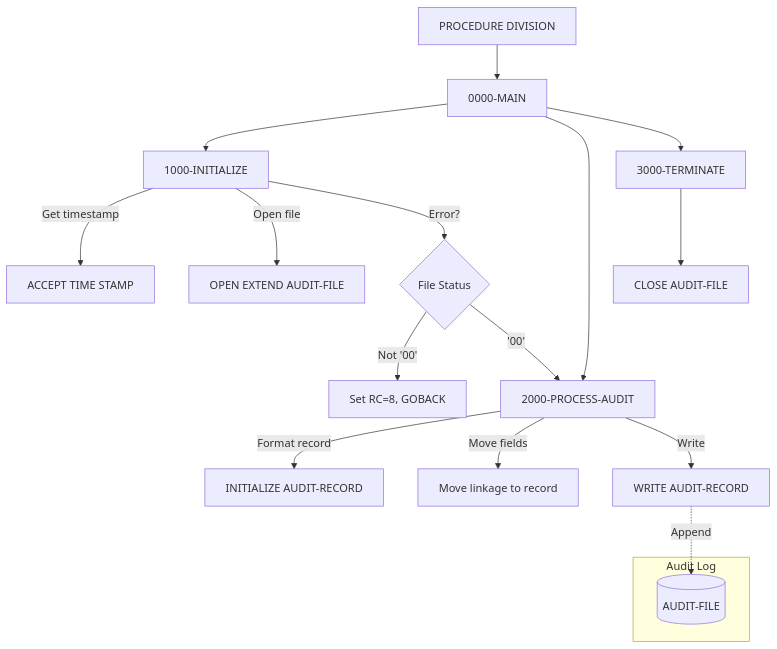
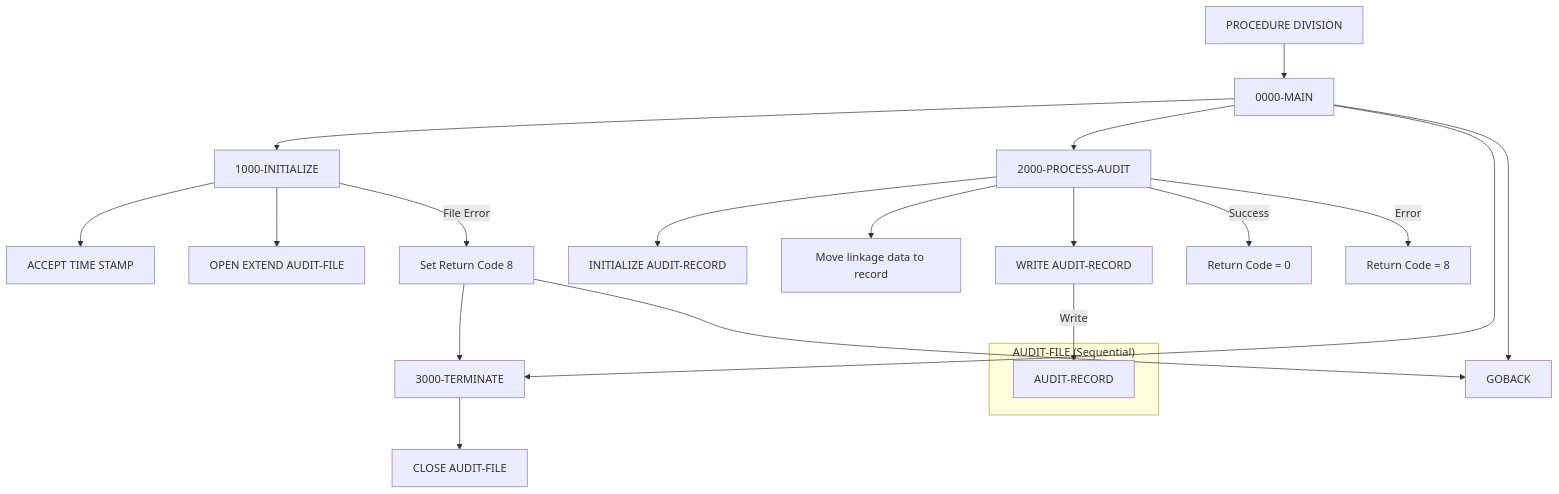
One commit to haladir-com/legacy-benchmark-docs-vb70e1 changed the diagram in docs/programs/AUDPROC.mdx. Above: the diagram before and after it, drawn with Mermaid. The commit also changed other lines of this file and 63 other files, not shown here.

````diff
--- a/docs/programs/AUDPROC.mdx
+++ b/docs/programs/AUDPROC.mdx
@@ -20,25 +19,28 @@
 ```mermaid
 graph TD
     A[PROCEDURE DIVISION] --> B[0000-MAIN]
     B --> C[1000-INITIALIZE]
     B --> D[2000-PROCESS-AUDIT]
     B --> E[3000-TERMINATE]
+    B --> F[GOBACK]
     
-    C -->|Get timestamp| F[ACCEPT TIME STAMP]
-    C -->|Open file| G[OPEN EXTEND AUDIT-FILE]
-    C -->|Error?| H{File Status}
-    H -->|Not '00'| I[Set RC=8, GOBACK]
-    H -->|'00'| D
+    C --> C1[ACCEPT TIME STAMP]
+    C --> C2[OPEN EXTEND AUDIT-FILE]
+    C -->|File Error| C3[Set Return Code 8]
+    C3 --> E
+    C3 --> F
     
-    D -->|Format record| J[INITIALIZE AUDIT-RECORD]
-    D -->|Move fields| K[Move linkage to record]
-    D -->|Write| L[WRITE AUDIT-RECORD]
+    D --> D1[INITIALIZE AUDIT-RECORD]
+    D --> D2[Move linkage data to record]
+    D --> D3[WRITE AUDIT-RECORD]
+    D -->|Success| D4[Return Code = 0]
+    D -->|Error| D5[Return Code = 8]
     
-    E --> M[CLOSE AUDIT-FILE]
+    E --> E1[CLOSE AUDIT-FILE]
     
-    subgraph "Audit Log"
-        N[(AUDIT-FILE)]
+    subgraph "AUDIT-FILE (Sequential)"
+        G[AUDIT-RECORD]
     end
     
-    L -.->|Append| N
+    D3 -->|Write| G
 ```
````
